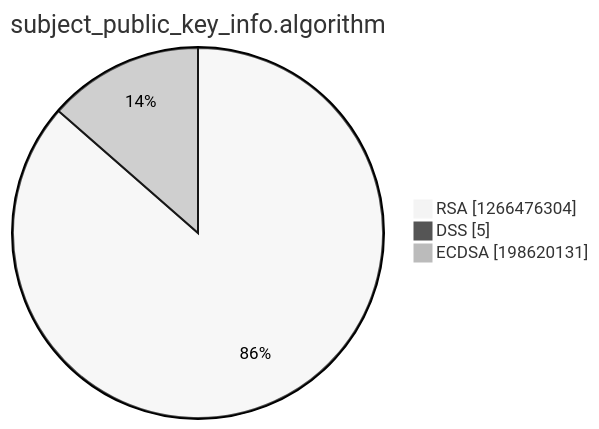
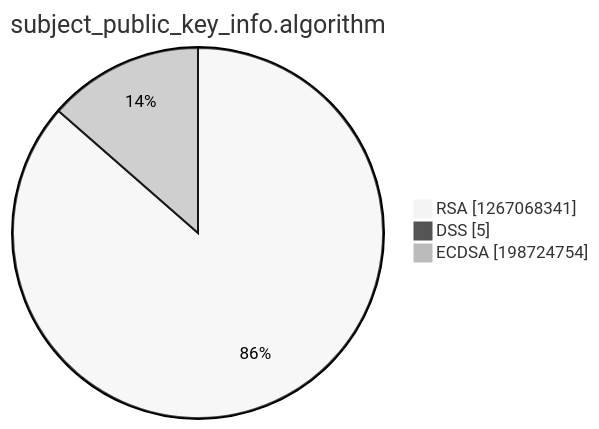
Before and after one commit to christiankrug/ctmonitor_visualization: the third of 15 diagrams in argon2022/README.md, drawn with Mermaid (neutral theme). The commit also changed other lines of this file, not shown here.

````diff
--- a/argon2022/README.md
+++ b/argon2022/README.md
@@ -14,7 +14,7 @@
 ```mermaid
 pie showData
 title subject_public_key_info.algorithm
-"RSA" :1266476304
+"RSA" :1267068341
 "DSS" :5
-"ECDSA" :198620131
+"ECDSA" :198724754
 ```
````
